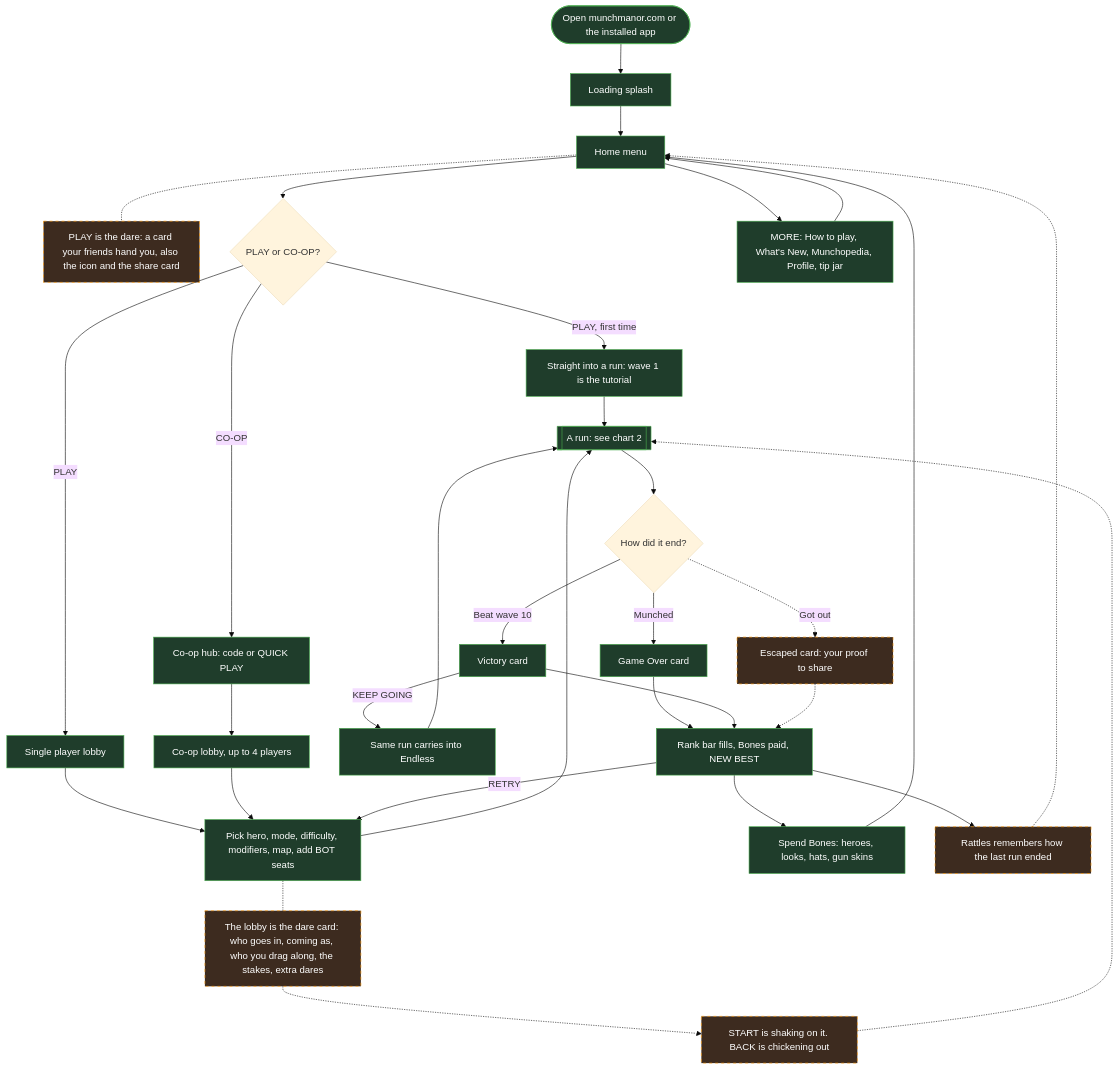
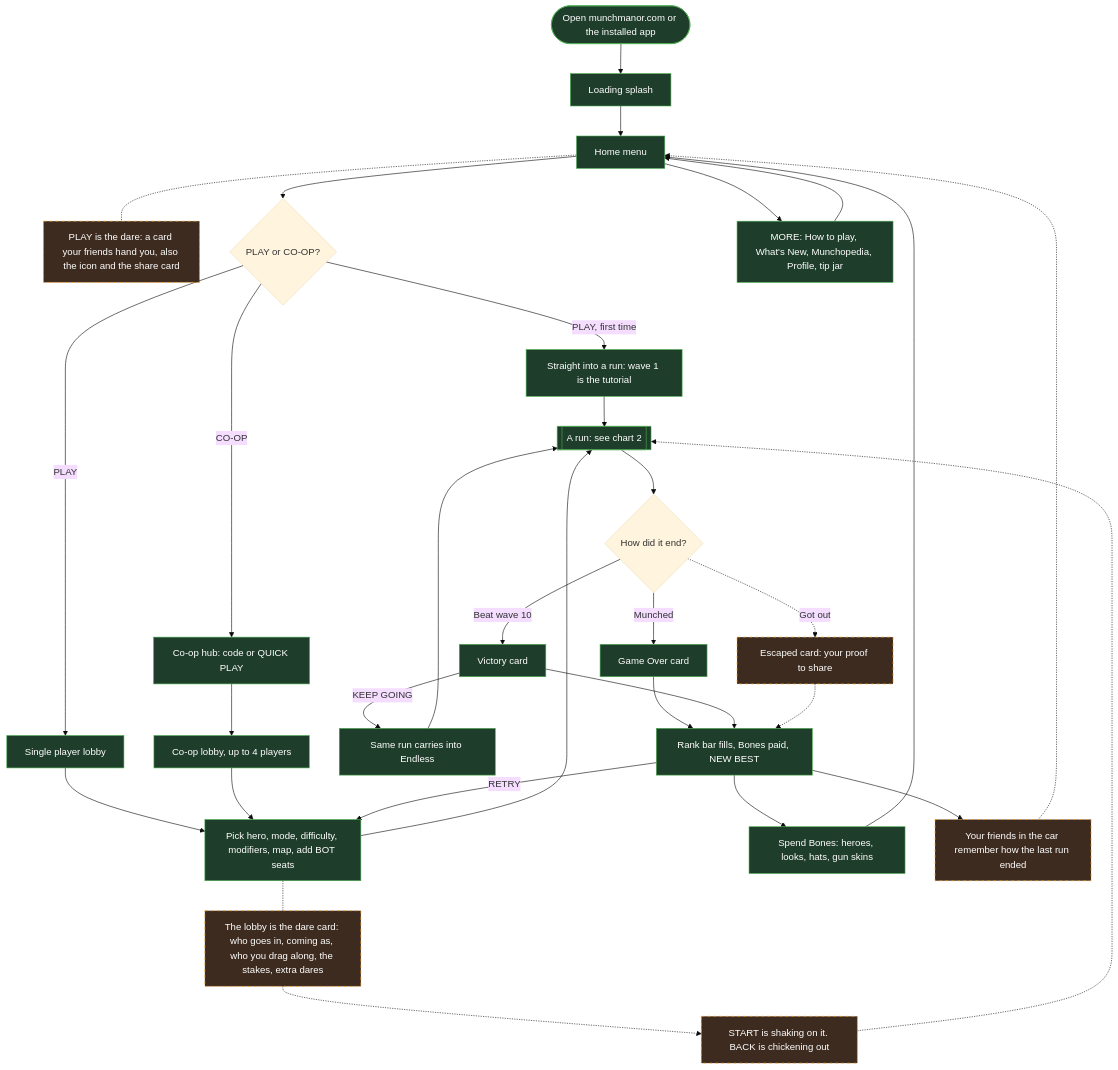
Before and after one commit to Tanner-Scadden/munch-manor: the second of 7 diagrams in FLOW.md, drawn with Mermaid (base theme). The commit also changed other lines of this file and 2 other files, not shown here.

````diff
--- a/FLOW.md
+++ b/FLOW.md
@@ -23,45 +23,45 @@
 ```mermaid
 flowchart TD
   link([Open munchmanor.com or the installed app]):::built --> splash[Loading splash]:::built
   splash --> home
   home -.- dareArt[PLAY is the dare: a card your friends hand you, also the icon and the share card]:::proposed
 
   home[Home menu]:::built --> playBtn{PLAY or CO-OP?}
   home --> more[MORE: How to play, What's New, Munchopedia, Profile, tip jar]:::built
   more --> home
 
   playBtn -->|PLAY, first time| tutorial[Straight into a run: wave 1 is the tutorial]:::built
   playBtn -->|PLAY| lobby[Single player lobby]:::built
   playBtn -->|CO-OP| coop[Co-op hub: code or QUICK PLAY]:::built
 
   lobby --> picks[Pick hero, mode, difficulty, modifiers, map, add BOT seats]:::built
   coop --> coopLobby[Co-op lobby, up to 4 players]:::built
   coopLobby --> picks
 
   picks -.- dareCard[The lobby is the dare card: who goes in, coming as, who you drag along, the stakes, extra dares]:::proposed
   dareCard -.-> shake[START is shaking on it. BACK is chickening out]:::proposed
   shake -.-> run
   picks --> run[[A run: see chart 2]]:::built
   tutorial --> run
 
   run --> ended{How did it end?}
   ended -->|Munched| gameOver[Game Over card]:::built
   ended -->|Beat wave 10| victory[Victory card]:::built
   ended -.->|Got out| escaped[Escaped card: your proof to share]:::proposed
 
   victory -->|KEEP GOING| endless[Same run carries into Endless]:::built
   endless --> run
 
   gameOver --> reward[Rank bar fills, Bones paid, NEW BEST]:::built
   victory --> reward
   escaped -.-> reward
 
   reward --> spend[Spend Bones: heroes, looks, hats, gun skins]:::built
-  reward --> rattlesMemory[Rattles remembers how the last run ended]:::proposed
+  reward --> rattlesMemory[Your friends in the car remember how the last run ended]:::proposed
   spend --> home
   rattlesMemory -.-> home
   reward -->|RETRY| picks
 
   classDef built fill:#1f3d2b,stroke:#4caf50,color:#fff
   classDef proposed fill:#3d2b1f,stroke:#ff9800,color:#fff,stroke-dasharray: 5 5
 ```
````
